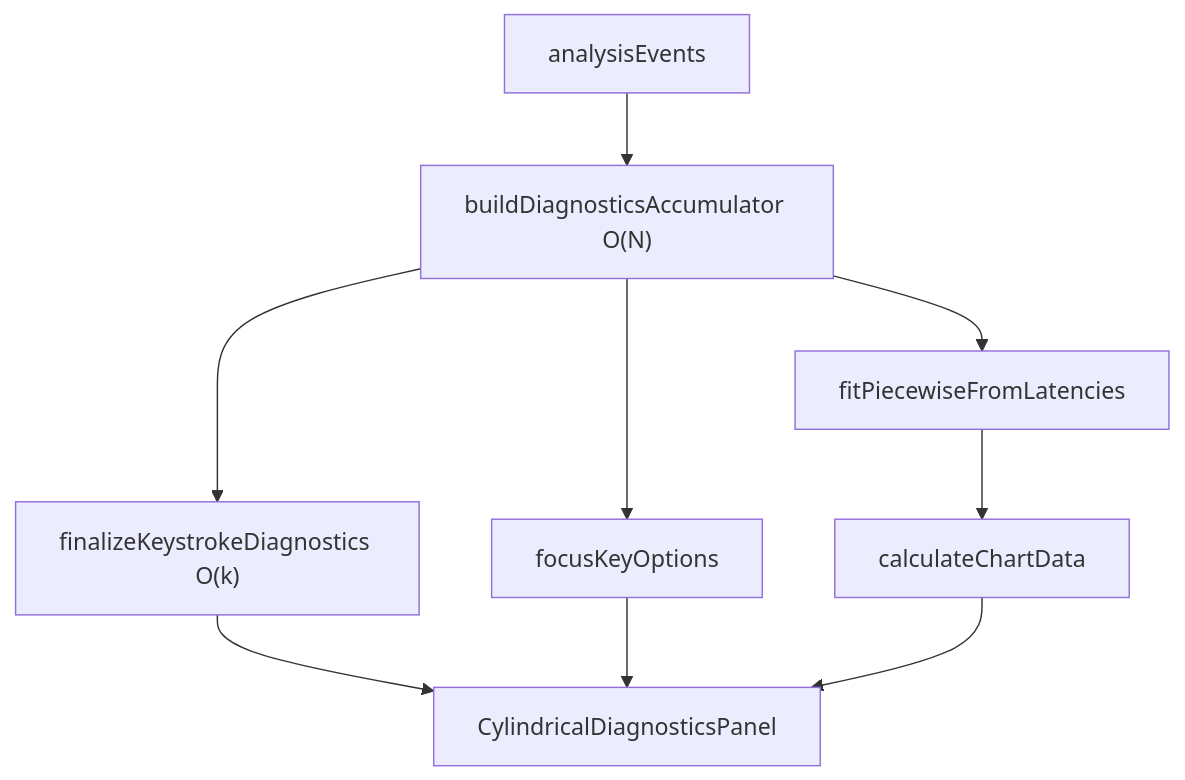
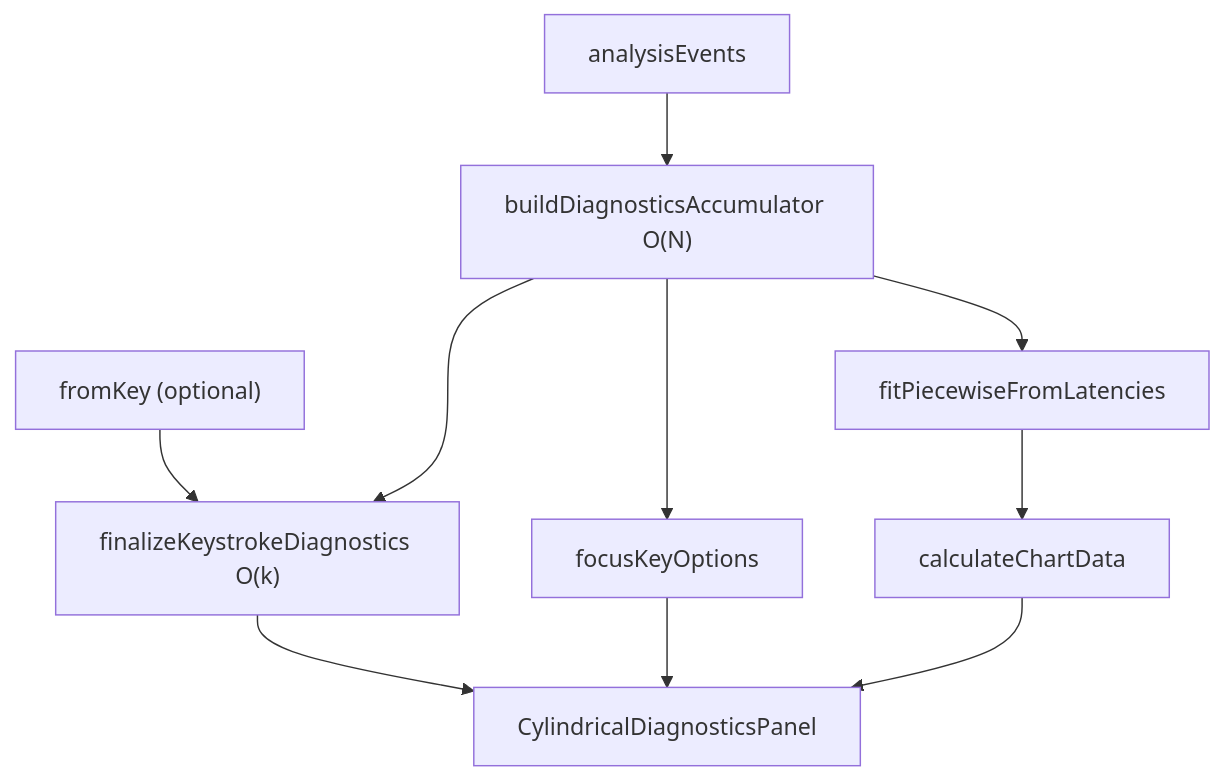
Before and after one commit to JSkutor/typediag: the first of 5 diagrams in docs/DIAGNOSTICS.md, drawn with Mermaid. The commit also changed other lines of this file and 25 other files, not shown here.

First line of the commit message:
feat(diagnostics): scope Flow panel to flowFromKey and refine three-column UI

````diff
--- a/docs/DIAGNOSTICS.md
+++ b/docs/DIAGNOSTICS.md
@@ -61,12 +65,14 @@
 ```mermaid
 flowchart TD
     Events["analysisEvents"]
+    FromKey["fromKey (optional)"]
     Events --> Acc["buildDiagnosticsAccumulator O(N)"]
     Acc --> FKOpt["focusKeyOptions"]
     Acc --> PW["fitPiecewiseFromLatencies"]
     PW --> Chart["calculateChartData"]
-    Acc --> Fin["finalizeKeystrokeDiagnostics O(k)"]
+    FromKey --> Fin["finalizeKeystrokeDiagnostics O(k)"]
+    Acc --> Fin
     Fin --> Panel["CylindricalDiagnosticsPanel"]
     FKOpt --> Panel
     Chart --> Panel
 ```
````
